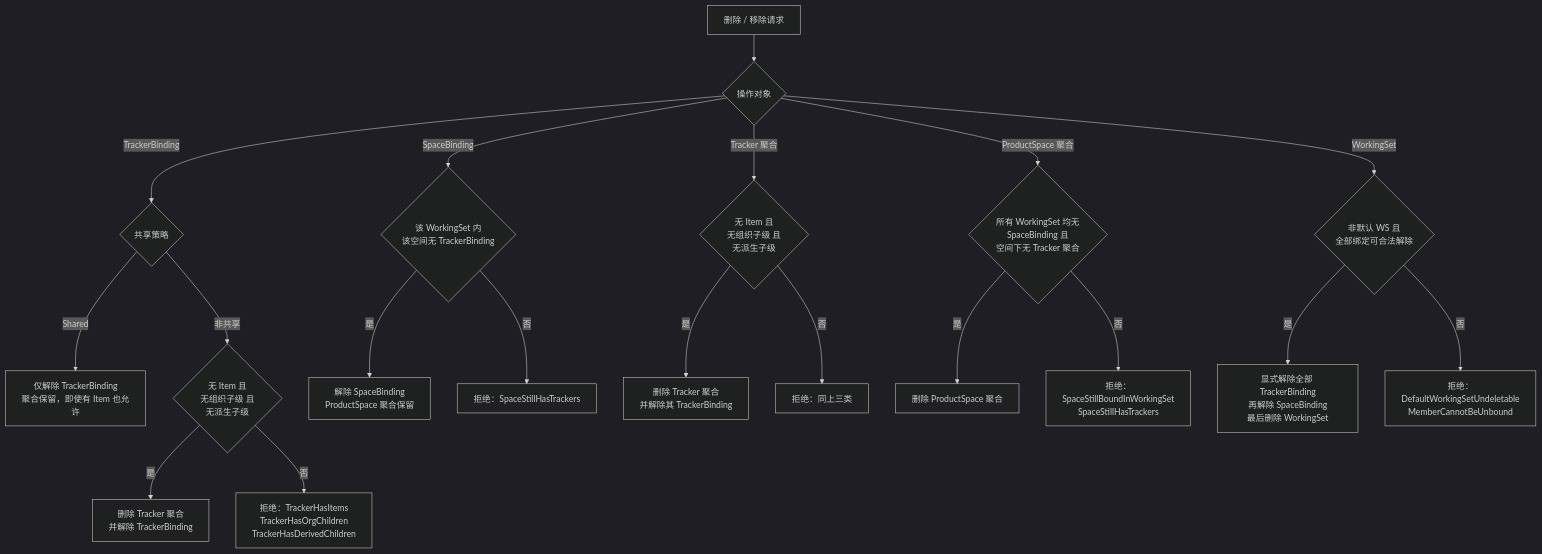
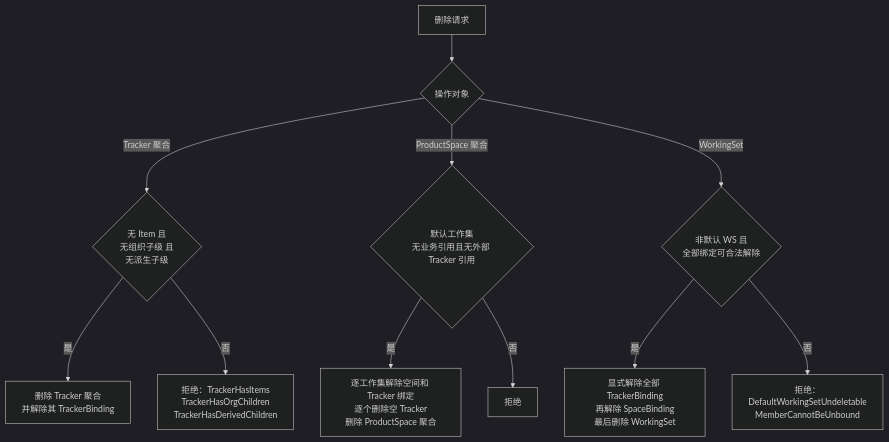
The first of 4 diagrams in docs/working-set/diagrams/binding-lifecycle.md (Greytrack/ddd-workingset), drawn with Mermaid (dark theme) before and after one commit. The commit also changed other lines of this file and 28 other files, not shown here.

````diff
--- a/docs/working-set/diagrams/binding-lifecycle.md
+++ b/docs/working-set/diagrams/binding-lifecycle.md
@@ -17,26 +17,16 @@
 ```mermaid
 flowchart TD
-    A["删除 / 移除请求"] --> B{"操作对象"}
-
-    B -->|"TrackerBinding"| C{"共享策略"}
-    C -->|"Shared"| C1["仅解除 TrackerBinding<br/>聚合保留，即使有 Item 也允许"]
-    C -->|"非共享"| C2{"无 Item 且<br/>无组织子级 且<br/>无派生子级"}
-    C2 -->|"是"| C3["删除 Tracker 聚合<br/>并解除 TrackerBinding"]
-    C2 -->|"否"| C4["拒绝：TrackerHasItems<br/>TrackerHasOrgChildren<br/>TrackerHasDerivedChildren"]
-
-    B -->|"SpaceBinding"| F{"该 WorkingSet 内<br/>该空间无 TrackerBinding"}
-    F -->|"是"| F1["解除 SpaceBinding<br/>ProductSpace 聚合保留"]
-    F -->|"否"| F2["拒绝：SpaceStillHasTrackers"]
+    A["删除请求"] --> B{"操作对象"}
 
     B -->|"Tracker 聚合"| G{"无 Item 且<br/>无组织子级 且<br/>无派生子级"}
     G -->|"是"| G1["删除 Tracker 聚合<br/>并解除其 TrackerBinding"]
-    G -->|"否"| G2["拒绝：同上三类"]
+    G -->|"否"| G2["拒绝：TrackerHasItems<br/>TrackerHasOrgChildren<br/>TrackerHasDerivedChildren"]
 
-    B -->|"ProductSpace 聚合"| D{"所有 WorkingSet 均无<br/>SpaceBinding 且<br/>空间下无 Tracker 聚合"}
-    D -->|"是"| D1["删除 ProductSpace 聚合"]
-    D -->|"否"| D2["拒绝：SpaceStillBoundInWorkingSet<br/>SpaceStillHasTrackers"]
+    B -->|"ProductSpace 聚合"| D{"默认工作集<br/>无业务引用且无外部 Tracker 引用"}
+    D -->|"是"| D1["逐工作集解除空间和 Tracker 绑定<br/>逐个删除空 Tracker<br/>删除 ProductSpace 聚合"]
+    D -->|"否"| D2["拒绝"]
 
     B -->|"WorkingSet"| E{"非默认 WS 且<br/>全部绑定可合法解除"}
     E -->|"是"| E1["显式解除全部 TrackerBinding<br/>再解除 SpaceBinding<br/>最后删除 WorkingSet"]
     E -->|"否"| E2["拒绝：DefaultWorkingSetUndeletable<br/>MemberCannotBeUnbound"]
 ```
````
